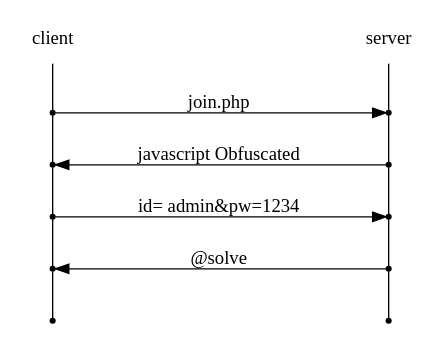
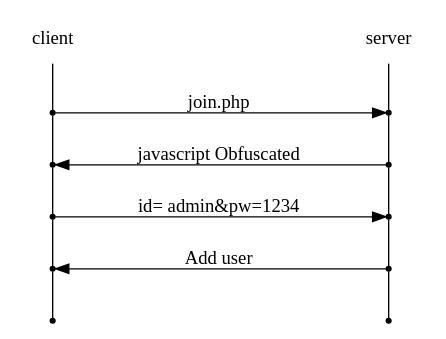
One commit to joizel/ctf_writeup changed the diagram in docs/web/Blind SQL Injection/[webhacking] 05.rst. Above: the diagram before and after it, drawn with Graphviz. The commit also changed other lines of this file and 13 other files, not shown here.

```diff
--- a/docs/web/Blind SQL Injection/[webhacking] 05.rst
+++ b/docs/web/Blind SQL Injection/[webhacking] 05.rst
@@ -7,23 +7,23 @@
 .. graphviz::
 
     digraph G {
         rankdir="LR";
         node[shape="point"];
         edge[arrowhead="none"]
 
         {
             rank="same";
             "client"[shape="plaintext"];
             "client" -> step0 -> step2 -> step4 -> step6 -> step8;
         }
 
         {
             rank="same";
             "server"[shape="plaintext"];
             "server" -> step1 -> step3 -> step5 -> step7 -> step9;
         }
         step0 -> step1[label="join.php",arrowhead="normal"];
         step3 -> step2[label="javascript Obfuscated",arrowhead="normal"];
         step4 -> step5[label="id= admin&pw=1234",arrowhead="normal"];
-        step7 -> step6[label="@solve",arrowhead="normal"];
+        step7 -> step6[label="Add user",arrowhead="normal"];
     }
```
